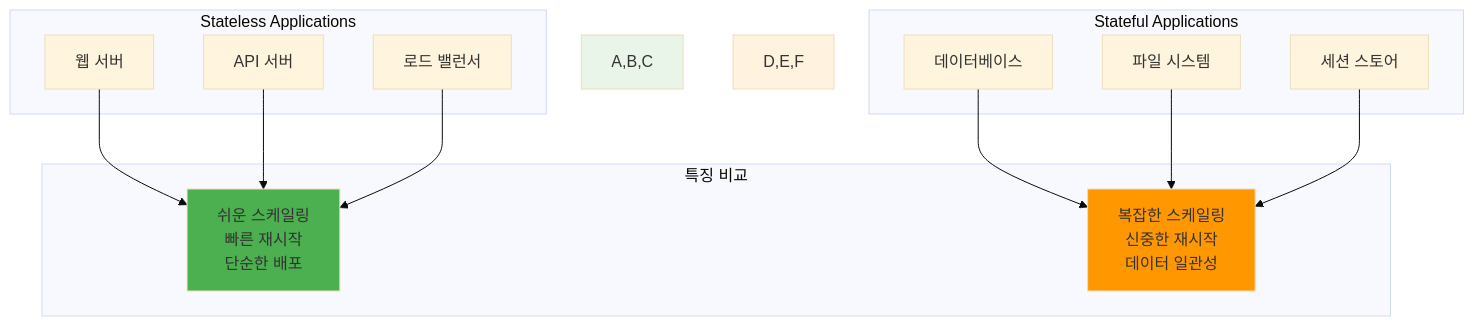
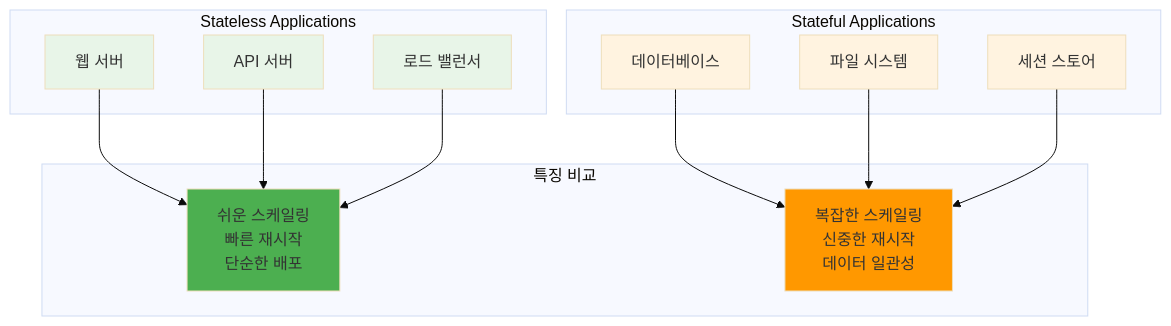
The first of 2 diagrams in theory/week_02/day2/session_3.md (niceguy61/kdt_devops_lecture_2025), drawn with Mermaid (base theme) before and after one commit. The commit also changed 63 other files, not shown here.

````diff
--- a/theory/week_02/day2/session_3.md
+++ b/theory/week_02/day2/session_3.md
@@ -36,32 +36,36 @@
 ```mermaid
 graph TB
     subgraph "Stateless Applications"
         A[웹 서버]
         B[API 서버]
         C[로드 밸런서]
     end
     
     subgraph "Stateful Applications"
         D[데이터베이스]
         E[파일 시스템]
         F[세션 스토어]
     end
     
     subgraph "특징 비교"
         G[쉬운 스케일링<br/>빠른 재시작<br/>단순한 배포]
         H[복잡한 스케일링<br/>신중한 재시작<br/>데이터 일관성]
     end
     
     A --> G
     B --> G
     C --> G
     
     D --> H
     E --> H
     F --> H
     
-    style A,B,C fill:#e8f5e8
-    style D,E,F fill:#fff3e0
+    style A fill:#e8f5e8
+    style B fill:#e8f5e8
+    style C fill:#e8f5e8
+    style D fill:#fff3e0
+    style E fill:#fff3e0
+    style F fill:#fff3e0
     style G fill:#4caf50
     style H fill:#ff9800
 ```
````
